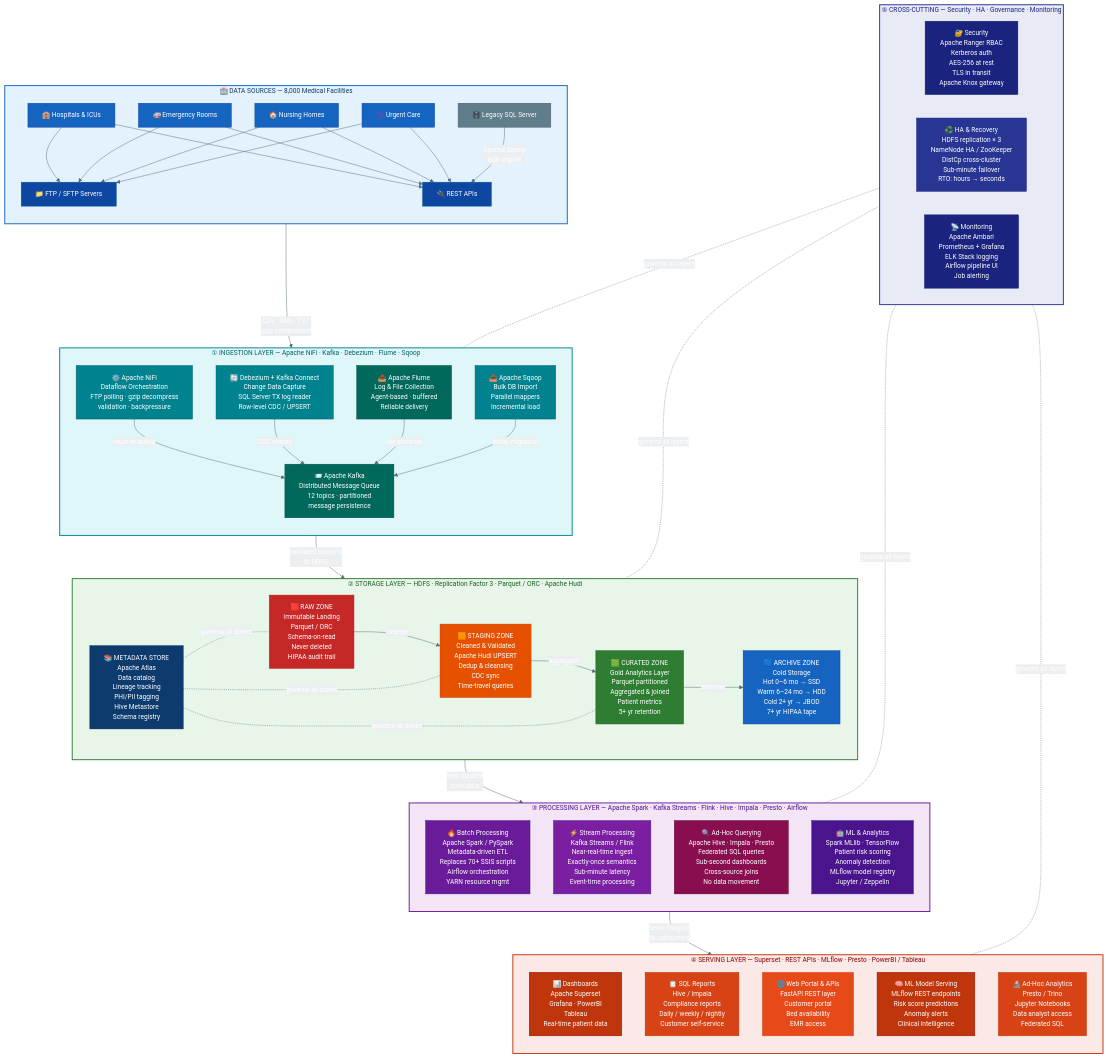
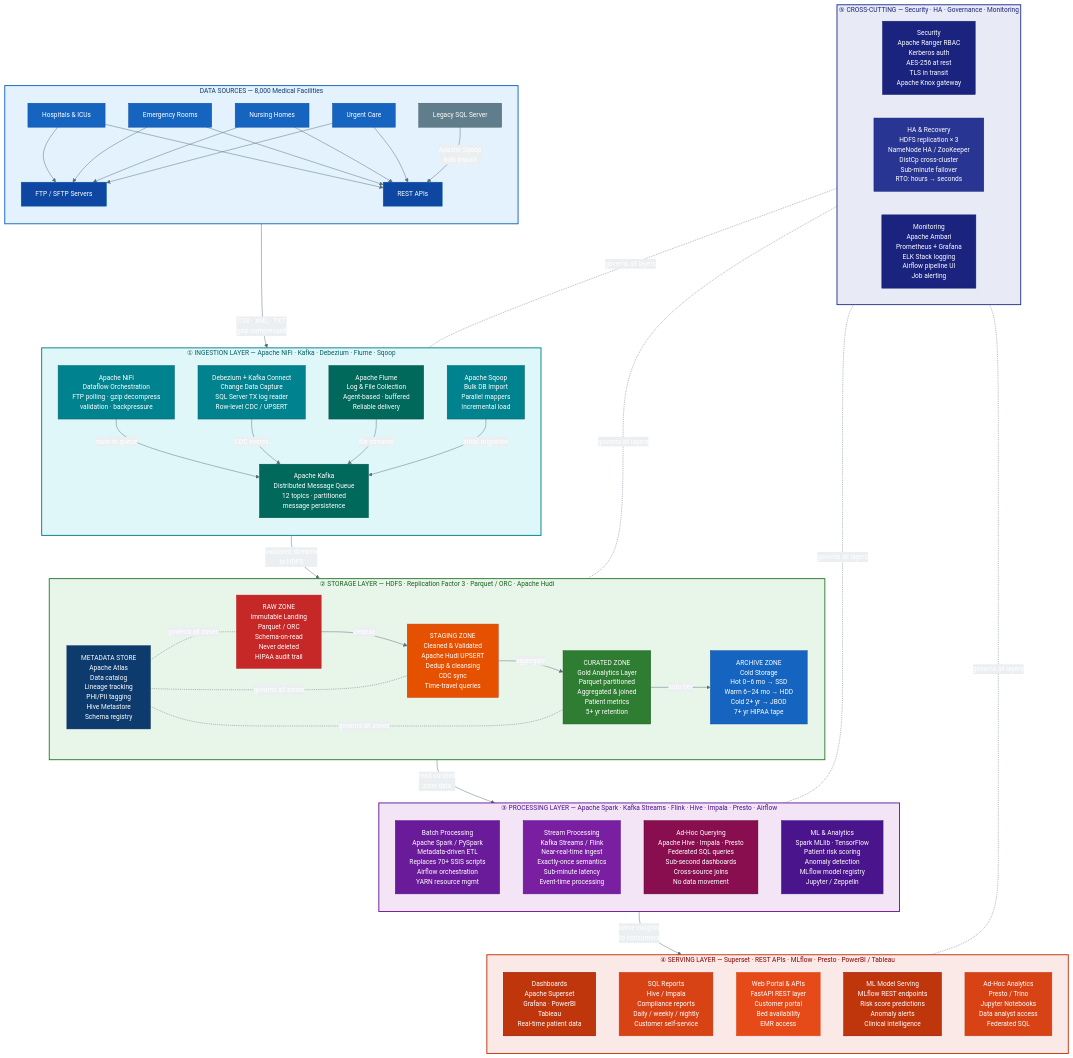
One commit to eaamankwah/enterprise-datalake-modernization changed the diagram in README.md. Above: the diagram before and after it, drawn with Mermaid. The commit also changed other lines of this file, not shown here.

```diff
--- a/README.md
+++ b/README.md
@@ -124,15 +124,15 @@
   %% ─────────────────────────────────────────────
   %% DATA SOURCES
   %% ─────────────────────────────────────────────
-  subgraph SRC["🏥  DATA SOURCES  —  8,000 Medical Facilities"]
+  subgraph SRC["  DATA SOURCES  —  8,000 Medical Facilities"]
     direction TB
-    S1["🏨 Hospitals &amp; ICUs"]
-    S2["🚑 Emergency Rooms"]
-    S3["🏠 Nursing Homes"]
-    S4["⚕️ Urgent Care"]
-    S5["📁 FTP / SFTP Servers"]
-    S6["🔌 REST APIs"]
-    S7["🗄️ Legacy SQL Server"]
+    S1[" Hospitals &amp; ICUs"]
+    S2[" Emergency Rooms"]
+    S3[" Nursing Homes"]
+    S4[" Urgent Care"]
+    S5[" FTP / SFTP Servers"]
+    S6[" REST APIs"]
+    S7[" Legacy SQL Server"]
     S1 & S2 & S3 & S4 --> S5
     S1 & S2 & S3 & S4 --> S6
     S7 -->|"Apache Sqoop\nbulk import"| S6
@@ -143,11 +143,11 @@
   %% ─────────────────────────────────────────────
   subgraph ING["① INGESTION LAYER  —  Apache NiFi · Kafka · Debezium · Flume · Sqoop"]
     direction TB
-    I1["⚙️ Apache NiFi\nDataflow Orchestration\nFTP polling · gzip decompress\nvalidation · backpressure"]
-    I2["📨 Apache Kafka\nDistributed Message Queue\n12 topics · partitioned\nmessage persistence"]
-    I3["🔄 Debezium + Kafka Connect\nChange Data Capture\nSQL Server TX log reader\nRow-level CDC / UPSERT"]
-    I4["📤 Apache Flume\nLog & File Collection\nAgent-based · buffered\nReliable delivery"]
-    I5["📥 Apache Sqoop\nBulk DB Import\nParallel mappers\nIncremental load"]
+    I1[" Apache NiFi\nDataflow Orchestration\nFTP polling · gzip decompress\nvalidation · backpressure"]
+    I2[" Apache Kafka\nDistributed Message Queue\n12 topics · partitioned\nmessage persistence"]
+    I3[" Debezium + Kafka Connect\nChange Data Capture\nSQL Server TX log reader\nRow-level CDC / UPSERT"]
+    I4[" Apache Flume\nLog & File Collection\nAgent-based · buffered\nReliable delivery"]
+    I5[" Apache Sqoop\nBulk DB Import\nParallel mappers\nIncremental load"]
     I1 -->|"route to queue"| I2
     I3 -->|"CDC events"| I2
     I4 -->|"file streams"| I2
@@ -159,11 +159,11 @@
   %% ─────────────────────────────────────────────
   subgraph STR["② STORAGE LAYER  —  HDFS  ·  Replication Factor 3  ·  Parquet / ORC  ·  Apache Hudi"]
     direction LR
-    ST1["🟥 RAW ZONE\nImmutable Landing\nParquet / ORC\nSchema-on-read\nNever deleted\nHIPAA audit trail"]
-    ST2["🟧 STAGING ZONE\nCleaned & Validated\nApache Hudi UPSERT\nDedup & cleansing\nCDC sync\nTime-travel queries"]
-    ST3["🟩 CURATED ZONE\nGold Analytics Layer\nParquet partitioned\nAggregated &amp; joined\nPatient metrics\n5+ yr retention"]
-    ST4["🟦 ARCHIVE ZONE\nCold Storage\nHot 0–6 mo → SSD\nWarm 6–24 mo → HDD\nCold 2+ yr → JBOD\n7+ yr HIPAA tape"]
-    ST5["📚 METADATA STORE\nApache Atlas\nData catalog\nLineage tracking\nPHI/PII tagging\nHive Metastore\nSchema registry"]
+    ST1[" RAW ZONE\nImmutable Landing\nParquet / ORC\nSchema-on-read\nNever deleted\nHIPAA audit trail"]
+    ST2[" STAGING ZONE\nCleaned & Validated\nApache Hudi UPSERT\nDedup & cleansing\nCDC sync\nTime-travel queries"]
+    ST3[" CURATED ZONE\nGold Analytics Layer\nParquet partitioned\nAggregated &amp; joined\nPatient metrics\n5+ yr retention"]
+    ST4[" ARCHIVE ZONE\nCold Storage\nHot 0–6 mo → SSD\nWarm 6–24 mo → HDD\nCold 2+ yr → JBOD\n7+ yr HIPAA tape"]
+    ST5[" METADATA STORE\nApache Atlas\nData catalog\nLineage tracking\nPHI/PII tagging\nHive Metastore\nSchema registry"]
     ST1 -->|"cleanse"| ST2
     ST2 -->|"aggregate"| ST3
     ST3 -->|"auto-tier"| ST4
@@ -177,10 +177,10 @@
   %% ─────────────────────────────────────────────
   subgraph PRC["③ PROCESSING LAYER  —  Apache Spark · Kafka Streams · Flink · Hive · Impala · Presto · Airflow"]
     direction TB
-    P1["🔥 Batch Processing\nApache Spark / PySpark\nMetadata-driven ETL\nReplaces 70+ SSIS scripts\nAirflow orchestration\nYARN resource mgmt"]
-    P2["⚡ Stream Processing\nKafka Streams / Flink\nNear-real-time ingest\nExactly-once semantics\nSub-minute latency\nEvent-time processing"]
-    P3["🔍 Ad-Hoc Querying\nApache Hive · Impala · Presto\nFederated SQL queries\nSub-second dashboards\nCross-source joins\nNo data movement"]
-    P4["🤖 ML & Analytics\nSpark MLlib · TensorFlow\nPatient risk scoring\nAnomaly detection\nMLflow model registry\nJupyter / Zeppelin"]
+    P1[" Batch Processing\nApache Spark / PySpark\nMetadata-driven ETL\nReplaces 70+ SSIS scripts\nAirflow orchestration\nYARN resource mgmt"]
+    P2[" Stream Processing\nKafka Streams / Flink\nNear-real-time ingest\nExactly-once semantics\nSub-minute latency\nEvent-time processing"]
+    P3[" Ad-Hoc Querying\nApache Hive · Impala · Presto\nFederated SQL queries\nSub-second dashboards\nCross-source joins\nNo data movement"]
+    P4[" ML & Analytics\nSpark MLlib · TensorFlow\nPatient risk scoring\nAnomaly detection\nMLflow model registry\nJupyter / Zeppelin"]
     P1 & P2 & P3 & P4
   end
 
@@ -189,11 +189,11 @@
   %% ─────────────────────────────────────────────
   subgraph SRV["④ SERVING LAYER  —  Superset · REST APIs · MLflow · Presto · PowerBI / Tableau"]
     direction TB
-    SV1["📊 Dashboards\nApache Superset\nGrafana · PowerBI\nTableau\nReal-time patient data"]
-    SV2["📋 SQL Reports\nHive / Impala\nCompliance reports\nDaily / weekly / nightly\nCustomer self-service"]
-    SV3["🌐 Web Portal & APIs\nFastAPI REST layer\nCustomer portal\nBed availability\nEMR access"]
-    SV4["🧠 ML Model Serving\nMLflow REST endpoints\nRisk score predictions\nAnomaly alerts\nClinical intelligence"]
-    SV5["🔬 Ad-Hoc Analytics\nPresto / Trino\nJupyter Notebooks\nData analyst access\nFederated SQL"]
+    SV1[" Dashboards\nApache Superset\nGrafana · PowerBI\nTableau\nReal-time patient data"]
+    SV2[" SQL Reports\nHive / Impala\nCompliance reports\nDaily / weekly / nightly\nCustomer self-service"]
+    SV3[" Web Portal & APIs\nFastAPI REST layer\nCustomer portal\nBed availability\nEMR access"]
+    SV4[" ML Model Serving\nMLflow REST endpoints\nRisk score predictions\nAnomaly alerts\nClinical intelligence"]
+    SV5[" Ad-Hoc Analytics\nPresto / Trino\nJupyter Notebooks\nData analyst access\nFederated SQL"]
   end
 
   %% ─────────────────────────────────────────────
@@ -201,9 +201,9 @@
   %% ─────────────────────────────────────────────
   subgraph SEC["⑤ CROSS-CUTTING  —  Security · HA · Governance · Monitoring"]
     direction LR
-    C1["🔐 Security\nApache Ranger RBAC\nKerberos auth\nAES-256 at rest\nTLS in transit\nApache Knox gateway"]
-    C2["♻️ HA & Recovery\nHDFS replication × 3\nNameNode HA / ZooKeeper\nDistCp cross-cluster\nSub-minute failover\nRTO: hours → seconds"]
-    C3["📡 Monitoring\nApache Ambari\nPrometheus + Grafana\nELK Stack logging\nAirflow pipeline UI\nJob alerting"]
+    C1[" Security\nApache Ranger RBAC\nKerberos auth\nAES-256 at rest\nTLS in transit\nApache Knox gateway"]
+    C2[" HA & Recovery\nHDFS replication × 3\nNameNode HA / ZooKeeper\nDistCp cross-cluster\nSub-minute failover\nRTO: hours → seconds"]
+    C3[" Monitoring\nApache Ambari\nPrometheus + Grafana\nELK Stack logging\nAirflow pipeline UI\nJob alerting"]
   end
 
   %% ─────────────────────────────────────────────
```
